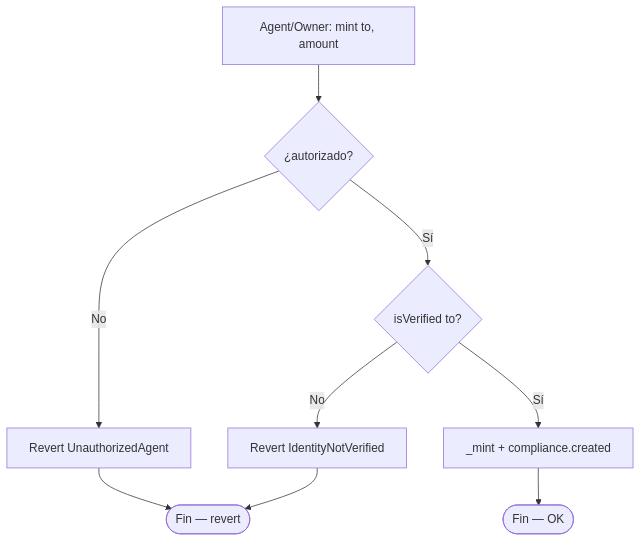
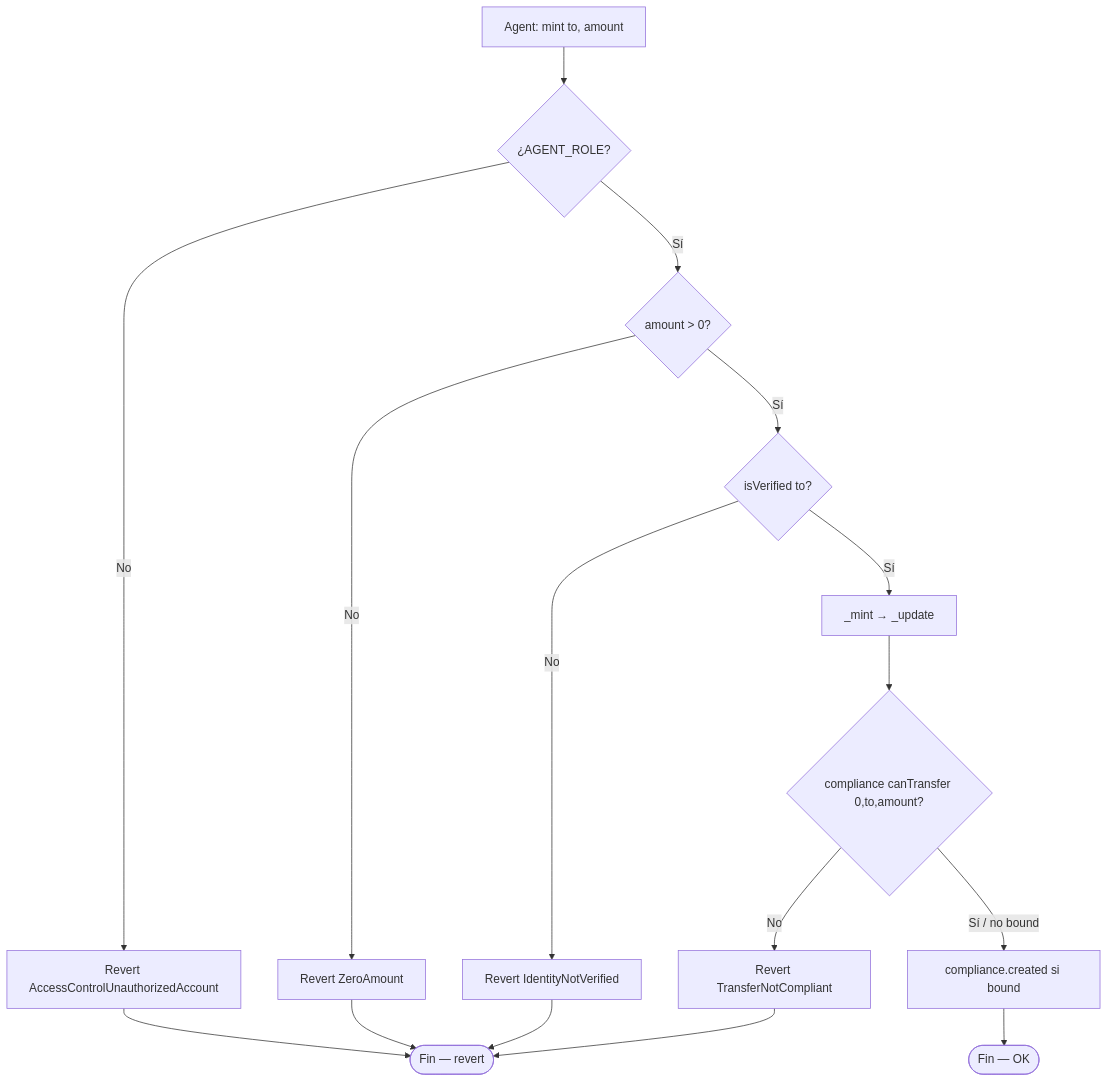
One commit to rastrahm/rwa-tokenization changed the sixth of 6 diagrams in doc/diagrama-de-flujo.md. Above: the diagram before and after it, drawn with Mermaid. The commit also changed other lines of this file and 7 other files, not shown here.

````diff
--- a/doc/diagrama-de-flujo.md
+++ b/doc/diagrama-de-flujo.md
@@ -142,11 +149,18 @@
 ```mermaid
 flowchart TD
-    A[Agent/Owner: mint to, amount] --> B{¿autorizado?}
-    B -->|No| Z0[Revert UnauthorizedAgent]
-    B -->|Sí| C{isVerified to?}
-    C -->|No| Z1[Revert IdentityNotVerified]
-    C -->|Sí| D[_mint + compliance.created]
-    D --> Ok([Fin — OK])
+    A[Agent: mint to, amount] --> B{¿AGENT_ROLE?}
+    B -->|No| Z0[Revert AccessControlUnauthorizedAccount]
+    B -->|Sí| C{amount > 0?}
+    C -->|No| Z1[Revert ZeroAmount]
+    C -->|Sí| D{isVerified to?}
+    D -->|No| Z2[Revert IdentityNotVerified]
+    D -->|Sí| E[_mint → _update]
+    E --> F{compliance canTransfer 0,to,amount?}
+    F -->|No| Z3[Revert TransferNotCompliant]
+    F -->|Sí / no bound| G[compliance.created si bound]
+    G --> Ok([Fin — OK])
     Z0 --> End([Fin — revert])
     Z1 --> End
+    Z2 --> End
+    Z3 --> End
 ```
````
